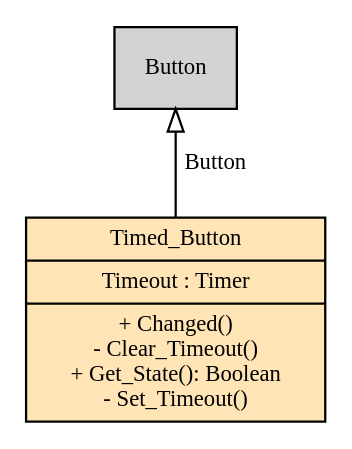
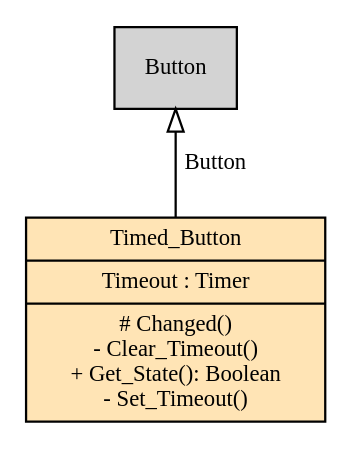
One commit to simonjwright/coldframe changed the diagram in House_Management.images/House_Management.Timed_Button.class.dot. Above: the diagram before and after it, drawn with Graphviz. The commit also changed 55 other files, not shown here.

```diff
--- a/House_Management.images/House_Management.Timed_Button.class.dot
+++ b/House_Management.images/House_Management.Timed_Button.class.dot
@@ -1,11 +1,11 @@
 digraph "Timed_Button.class" {
       graph [root=Timed_Button]
       edge [fontsize=10]
       node [shape=record, style=filled, fillcolor=lightgray, fontsize=10]
 
       
-      Timed_Button [fillcolor=moccasin, URL="#Timed_Button", label="{Timed_Button|Timeout : Timer|+ Changed()\n- Clear_Timeout()\n+ Get_State(): Boolean\n- Set_Timeout()}"]
+      Timed_Button [fillcolor=moccasin, URL="#Timed_Button", label="{Timed_Button|Timeout : Timer|# Changed()\n- Clear_Timeout()\n+ Get_State(): Boolean\n- Set_Timeout()}"]
 Button [URL="#Button"]
 Button -> Timed_Button [label="Button", dir=back, arrowhead=none, arrowtail=onormal, URL="#Button"]
 
       }
```
